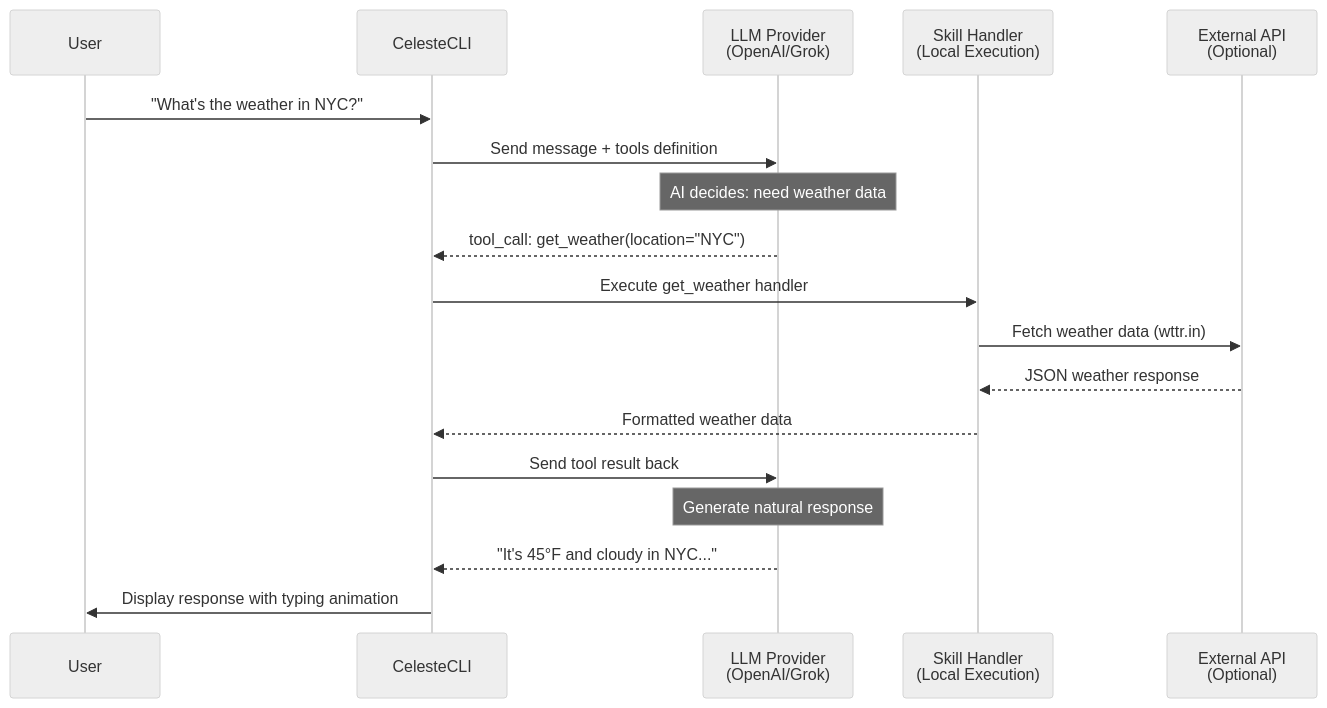
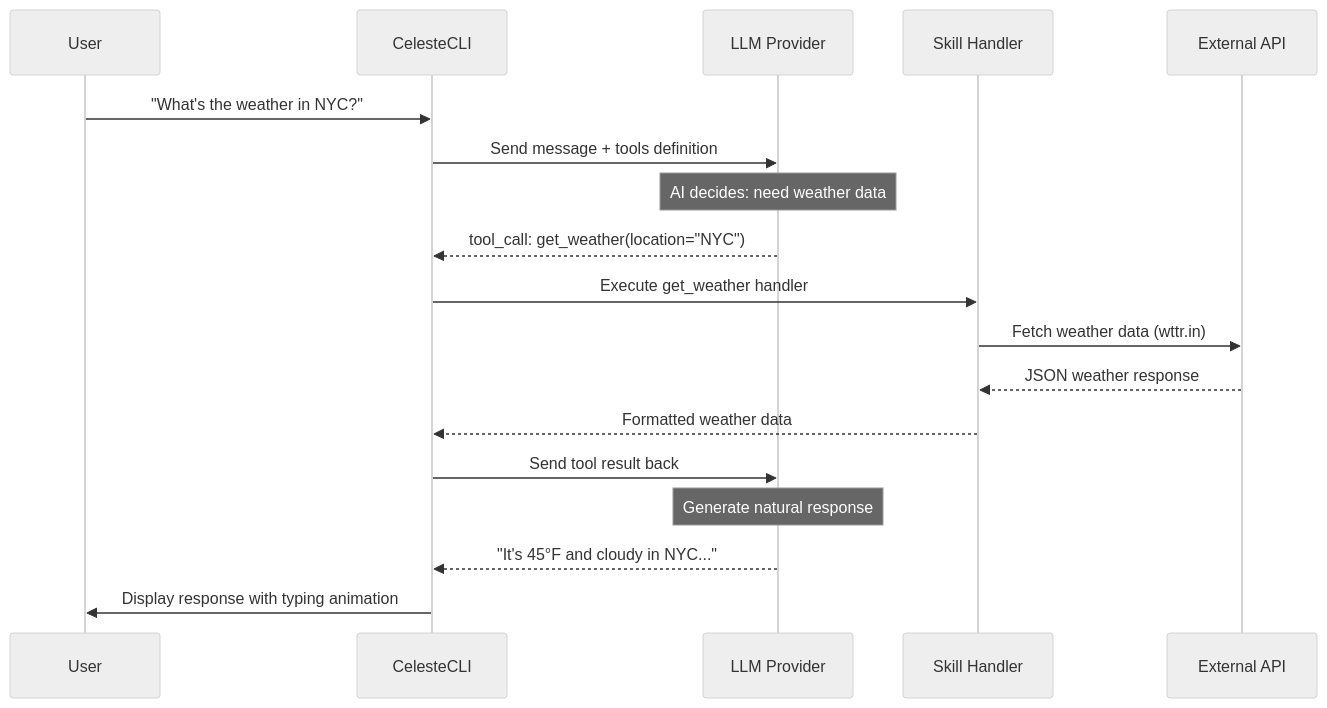
One commit to whykusanagi/celesteCLI changed the first of 2 diagrams in README.md. Above: the diagram before and after it, drawn with Mermaid (neutral theme). The commit also changed other lines of this file and 5 other files, not shown here.

````diff
--- a/README.md
+++ b/README.md
@@ -352,21 +352,21 @@
 ```mermaid
 sequenceDiagram
     participant User
     participant CLI as CelesteCLI
-    participant LLM as LLM Provider<br/>(OpenAI/Grok)
-    participant Skill as Skill Handler<br/>(Local Execution)
-    participant API as External API<br/>(Optional)
+    participant LLM as LLM Provider
+    participant Skill as Skill Handler
+    participant API as External API
 
     User->>CLI: "What's the weather in NYC?"
     CLI->>LLM: Send message + tools definition
     Note over LLM: AI decides: need weather data
     LLM-->>CLI: tool_call: get_weather(location="NYC")
     CLI->>Skill: Execute get_weather handler
     Skill->>API: Fetch weather data (wttr.in)
     API-->>Skill: JSON weather response
     Skill-->>CLI: Formatted weather data
     CLI->>LLM: Send tool result back
     Note over LLM: Generate natural response
     LLM-->>CLI: "It's 45°F and cloudy in NYC..."
     CLI->>User: Display response with typing animation
 ```
````
